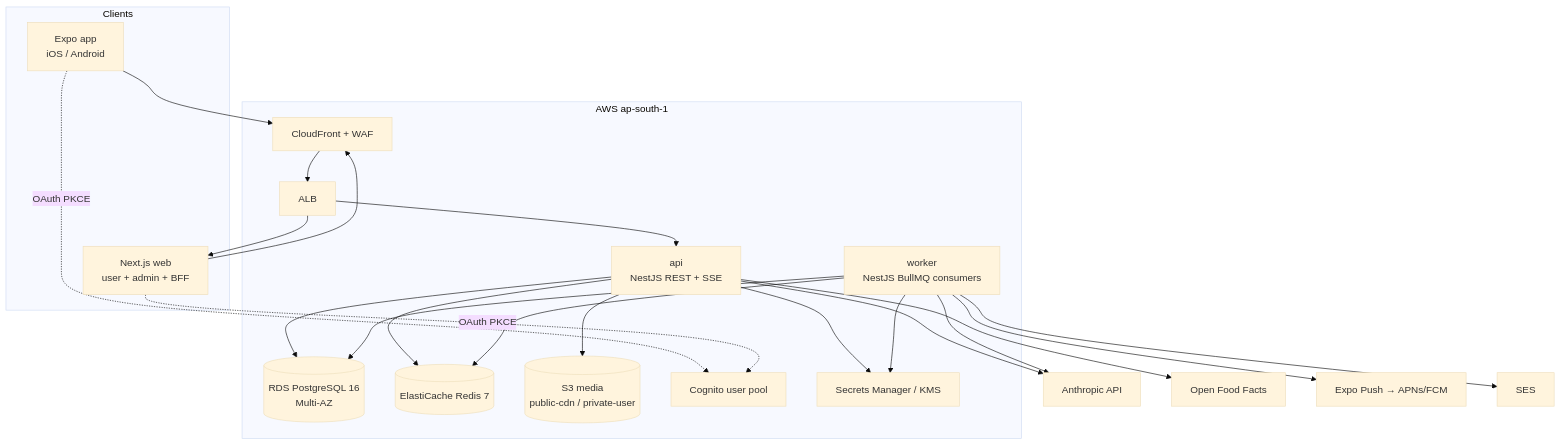
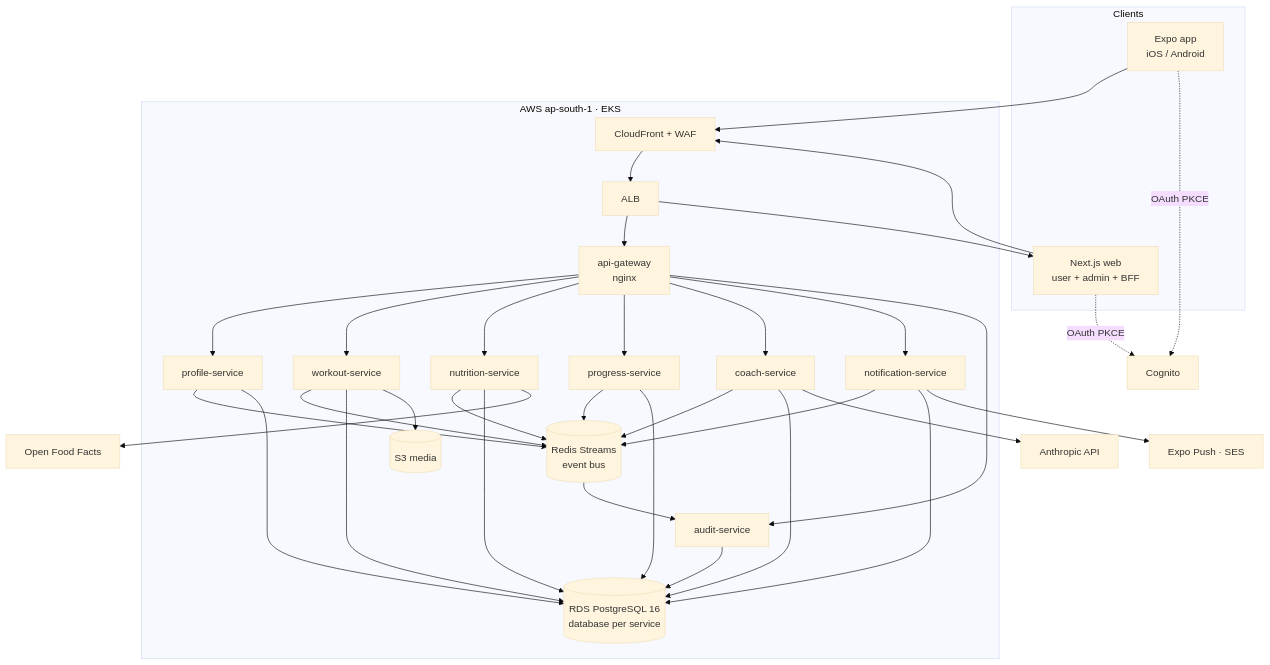
Before and after one commit to master-node1/theauracoach: the first of 3 diagrams in docs/architecture/architecture-diagrams.md, drawn with Mermaid (base theme). The commit also changed other lines of this file and 37 other files, not shown here.

````diff
--- a/docs/architecture/architecture-diagrams.md
+++ b/docs/architecture/architecture-diagrams.md
@@ -7,42 +7,41 @@
 ```mermaid
 flowchart TB
   subgraph Clients
     mob[Expo app<br/>iOS / Android]
     web[Next.js web<br/>user + admin + BFF]
   end
-  subgraph AWS ap-south-1
+  subgraph aws["AWS ap-south-1 · EKS"]
     cf[CloudFront + WAF]
     alb[ALB]
-    api[api<br/>NestJS REST + SSE]
-    wrk[worker<br/>NestJS BullMQ consumers]
-    pg[(RDS PostgreSQL 16<br/>Multi-AZ)]
-    rd[(ElastiCache Redis 7)]
-    s3[(S3 media<br/>public-cdn / private-user)]
-    cog[Cognito user pool]
-    sm[Secrets Manager / KMS]
+    gw[api-gateway<br/>nginx]
+    prof[profile-service]
+    wo[workout-service]
+    nu[nutrition-service]
+    pr[progress-service]
+    co[coach-service]
+    nt[notification-service]
+    au[audit-service]
+    bus[(Redis Streams<br/>event bus)]
+    pg[(RDS PostgreSQL 16<br/>database per service)]
+    s3[(S3 media)]
   end
-  ext1[Anthropic API]
-  ext2[Open Food Facts]
-  ext3[Expo Push → APNs/FCM]
-  ext4[SES]
+  cog[Cognito]
+  llm[Anthropic API]
+  off[Open Food Facts]
+  push[Expo Push · SES]
 
   mob --> cf
   web --> cf
-  cf --> alb
+  cf --> alb --> gw
   alb --> web
-  alb --> api
   mob -. OAuth PKCE .-> cog
   web -. OAuth PKCE .-> cog
-  api --> pg
-  api --> rd
-  api --> s3
-  api --> ext1
-  api --> ext2
-  wrk --> pg
-  wrk --> rd
-  wrk --> ext1
-  wrk --> ext3
-  wrk --> ext4
-  api --> sm
-  wrk --> sm
+  gw --> prof & wo & nu & pr & co & nt & au
+  prof & wo & nu & pr & co & nt --> bus
+  bus --> au
+  prof & wo & nu & pr & co & nt & au --> pg
+  wo --> s3
+  co --> llm
+  nu --> off
+  nt --> push
 ```
````
